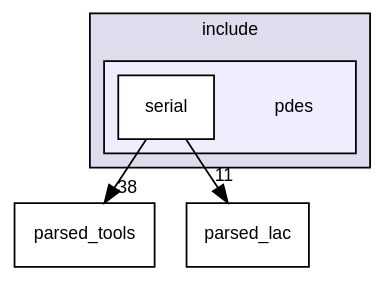
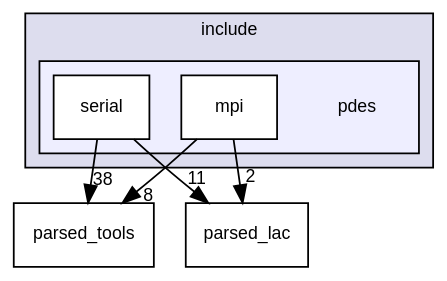
Before and after one commit to luca-heltai/fsi-suite: the diagram in dir_60faf9a10d52b04582224b9116454383_dep.dot, drawn with Graphviz. The commit also changed 738 other files, not shown here.

```diff
--- a/dir_60faf9a10d52b04582224b9116454383_dep.dot
+++ b/dir_60faf9a10d52b04582224b9116454383_dep.dot
@@ -1,18 +1,21 @@
 digraph "include/pdes" {
   bgcolor=transparent;
   compound=true
   node [ fontsize="10", fontname="Helvetica"];
   edge [ labelfontsize="10", labelfontname="Helvetica"];
   subgraph clusterdir_d44c64559bbebec7f509842c48db8b23 {
     graph [ bgcolor="#ddddee", pencolor="black", label="include" fontname="Helvetica", fontsize="10", URL="dir_d44c64559bbebec7f509842c48db8b23.html"]
   subgraph clusterdir_60faf9a10d52b04582224b9116454383 {
     graph [ bgcolor="#eeeeff", pencolor="black", label="" URL="dir_60faf9a10d52b04582224b9116454383.html"];
     dir_60faf9a10d52b04582224b9116454383 [shape=plaintext label="pdes"];
+    dir_7ac85db751091b31b06a51e40fc82221 [shape=box label="mpi" color="black" fillcolor="white" style="filled" URL="dir_7ac85db751091b31b06a51e40fc82221.html"];
     dir_0d1c0d82d2331d1d942d7c7f0084aeb2 [shape=box label="serial" color="black" fillcolor="white" style="filled" URL="dir_0d1c0d82d2331d1d942d7c7f0084aeb2.html"];
   }
   }
   dir_8e8448d9aef603b86753e7cb911804a9 [shape=box label="parsed_tools" URL="dir_8e8448d9aef603b86753e7cb911804a9.html"];
   dir_65593bf93f1e4428cc81baf4bb94349f [shape=box label="parsed_lac" URL="dir_65593bf93f1e4428cc81baf4bb94349f.html"];
-  dir_0d1c0d82d2331d1d942d7c7f0084aeb2->dir_8e8448d9aef603b86753e7cb911804a9 [headlabel="38", labeldistance=1.5 headhref="dir_000006_000004.html"];
-  dir_0d1c0d82d2331d1d942d7c7f0084aeb2->dir_65593bf93f1e4428cc81baf4bb94349f [headlabel="11", labeldistance=1.5 headhref="dir_000006_000003.html"];
+  dir_7ac85db751091b31b06a51e40fc82221->dir_8e8448d9aef603b86753e7cb911804a9 [headlabel="8", labeldistance=1.5 headhref="dir_000006_000004.html"];
+  dir_7ac85db751091b31b06a51e40fc82221->dir_65593bf93f1e4428cc81baf4bb94349f [headlabel="2", labeldistance=1.5 headhref="dir_000006_000003.html"];
+  dir_0d1c0d82d2331d1d942d7c7f0084aeb2->dir_8e8448d9aef603b86753e7cb911804a9 [headlabel="38", labeldistance=1.5 headhref="dir_000007_000004.html"];
+  dir_0d1c0d82d2331d1d942d7c7f0084aeb2->dir_65593bf93f1e4428cc81baf4bb94349f [headlabel="11", labeldistance=1.5 headhref="dir_000007_000003.html"];
 }
```
